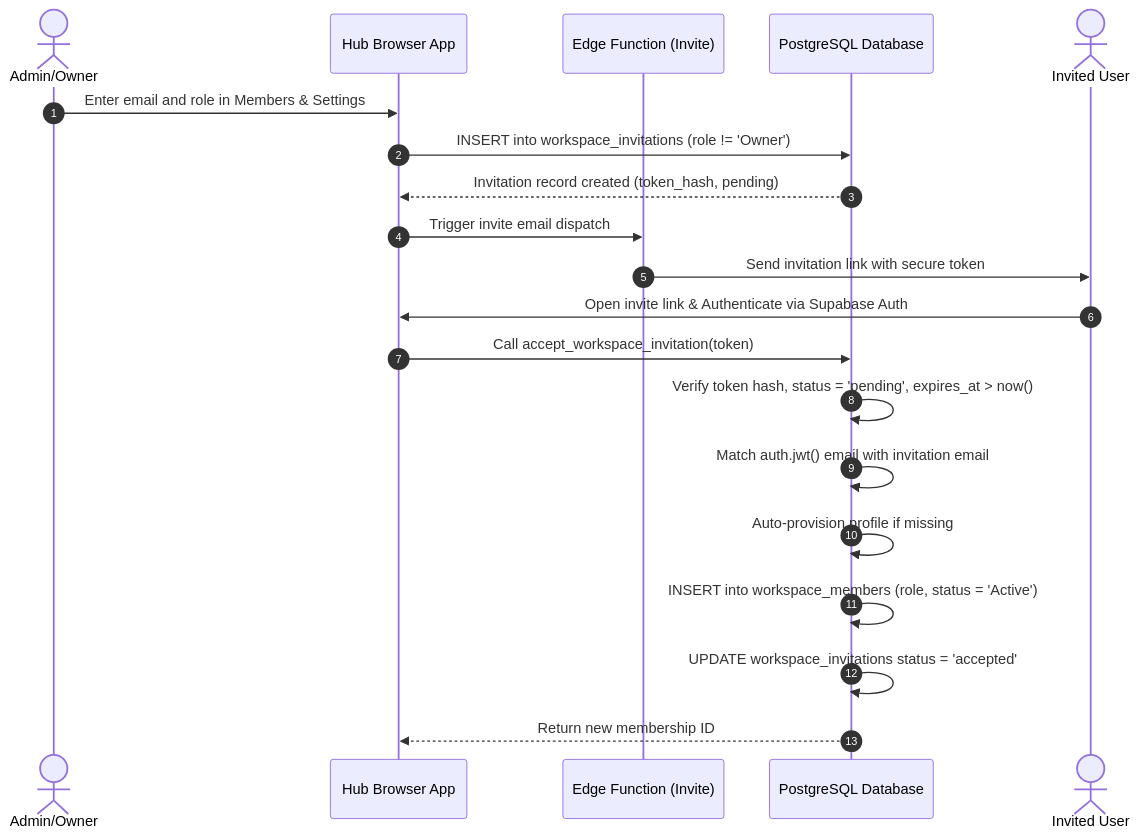
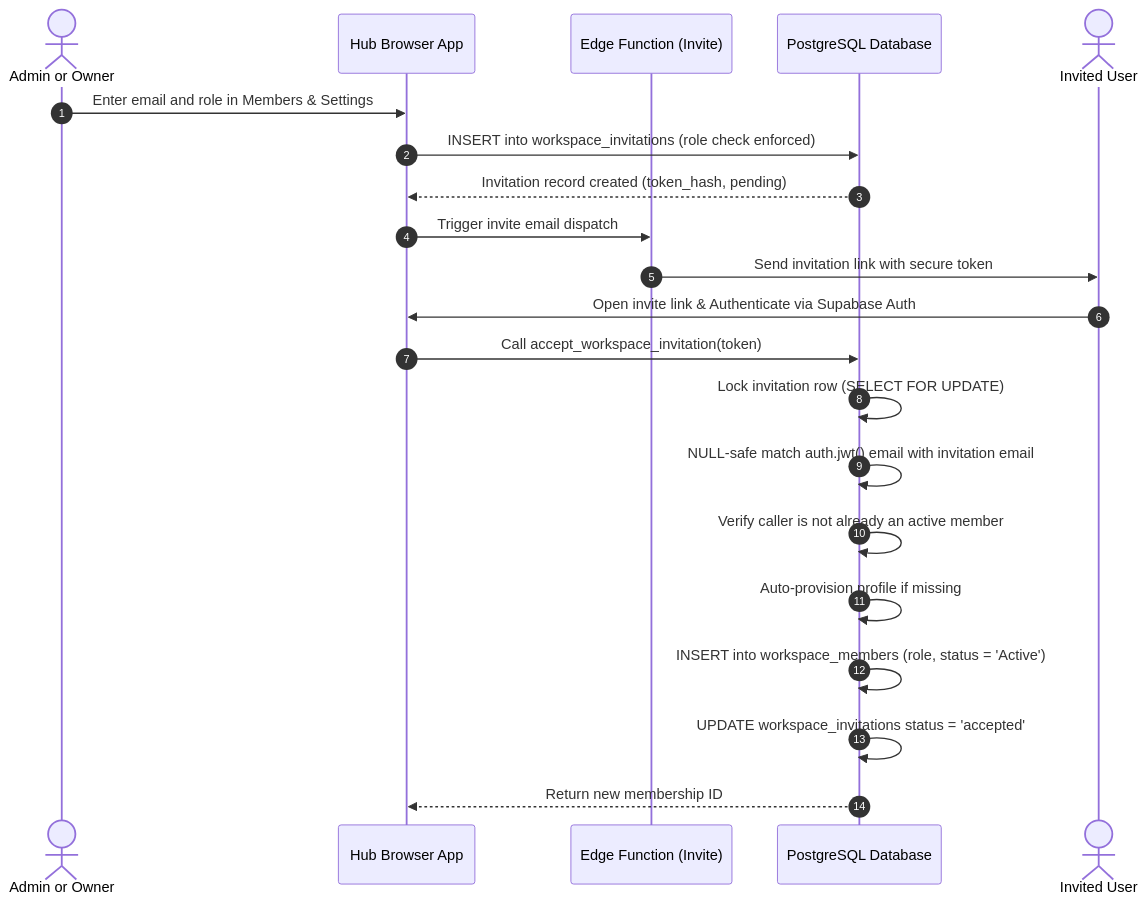
One commit to khairultajudin/khaispace changed the diagram in apps/hub/docs/architecture/RLS-SECURITY-DESIGN.md. Above: the diagram before and after it, drawn with Mermaid. The commit also changed other lines of this file and 7 other files, not shown here.

````diff
--- a/apps/hub/docs/architecture/RLS-SECURITY-DESIGN.md
+++ b/apps/hub/docs/architecture/RLS-SECURITY-DESIGN.md
@@ -150,23 +171,24 @@
 ```mermaid
 sequenceDiagram
     autonumber
-    actor Admin as Admin/Owner
+    actor Admin as Admin or Owner
     participant Client as Hub Browser App
     participant Edge as Edge Function (Invite)
     participant DB as PostgreSQL Database
     actor Recipient as Invited User
 
     Admin->>Client: Enter email and role in Members & Settings
-    Client->>DB: INSERT into workspace_invitations (role != 'Owner')
+    Client->>DB: INSERT into workspace_invitations (role check enforced)
     DB-->>Client: Invitation record created (token_hash, pending)
     Client->>Edge: Trigger invite email dispatch
     Edge->>Recipient: Send invitation link with secure token
     Recipient->>Client: Open invite link & Authenticate via Supabase Auth
     Client->>DB: Call accept_workspace_invitation(token)
-    DB->>DB: Verify token hash, status = 'pending', expires_at > now()
-    DB->>DB: Match auth.jwt() email with invitation email
+    DB->>DB: Lock invitation row (SELECT FOR UPDATE)
+    DB->>DB: NULL-safe match auth.jwt() email with invitation email
+    DB->>DB: Verify caller is not already an active member
     DB->>DB: Auto-provision profile if missing
     DB->>DB: INSERT into workspace_members (role, status = 'Active')
     DB->>DB: UPDATE workspace_invitations status = 'accepted'
     DB-->>Client: Return new membership ID
 ```
````
